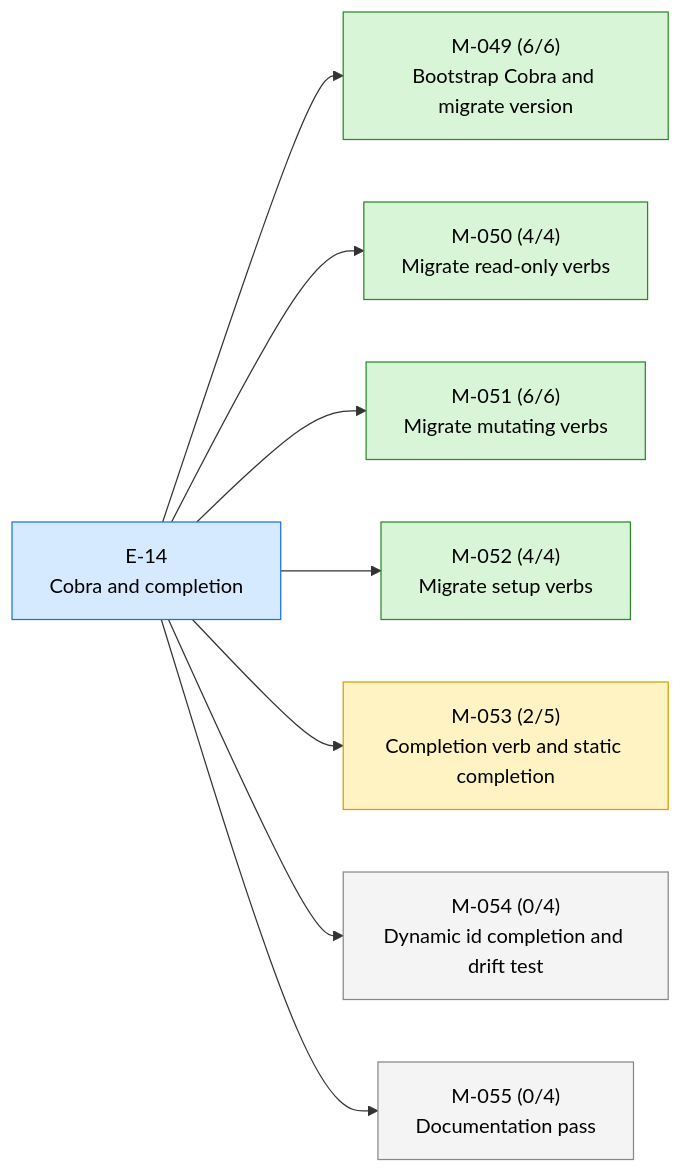
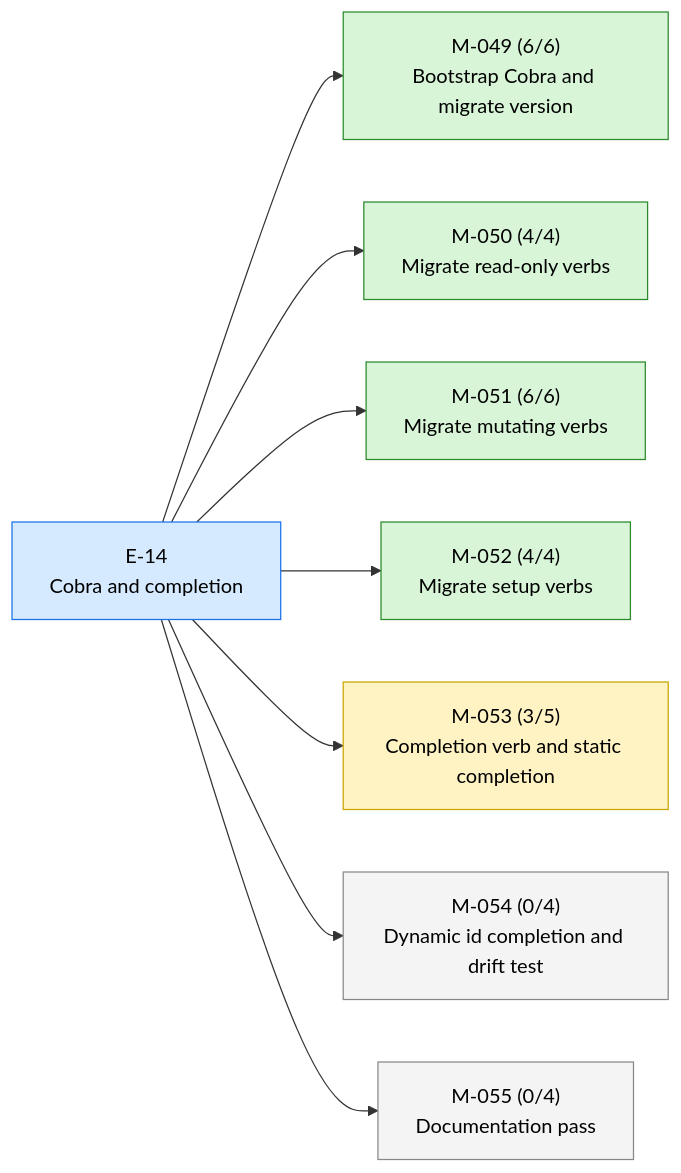
One commit to 23min/aiwf changed the first of 2 diagrams in STATUS.md. Above: the diagram before and after it, drawn with Mermaid. The commit also changed other lines of this file and 1 other file, not shown here.

````diff
--- a/STATUS.md
+++ b/STATUS.md
@@ -17,24 +17,24 @@
 ```mermaid
 flowchart LR
   E_14["E-14<br/>Cobra and completion"]:::epic_active
   M_049["M-049 (6/6)<br/>Bootstrap Cobra and migrate version"]:::ms_done
   E_14 --> M_049
   M_050["M-050 (4/4)<br/>Migrate read-only verbs"]:::ms_done
   E_14 --> M_050
   M_051["M-051 (6/6)<br/>Migrate mutating verbs"]:::ms_done
   E_14 --> M_051
   M_052["M-052 (4/4)<br/>Migrate setup verbs"]:::ms_done
   E_14 --> M_052
-  M_053["M-053 (2/5)<br/>Completion verb and static completion"]:::ms_in_progress
+  M_053["M-053 (3/5)<br/>Completion verb and static completion"]:::ms_in_progress
   E_14 --> M_053
   M_054["M-054 (0/4)<br/>Dynamic id completion and drift test"]:::ms_draft
   E_14 --> M_054
   M_055["M-055 (0/4)<br/>Documentation pass"]:::ms_draft
   E_14 --> M_055
   classDef epic_active fill:#d6eaff,stroke:#1a73e8,color:#000
   classDef epic_proposed fill:#f4f4f4,stroke:#888,color:#000
   classDef ms_done fill:#d8f5d8,stroke:#2a8a2a,color:#000
   classDef ms_in_progress fill:#fff3c4,stroke:#caa400,color:#000
   classDef ms_draft fill:#f4f4f4,stroke:#888,color:#000
   classDef ms_cancelled fill:#fbeaea,stroke:#c33,color:#000
 ```
````
